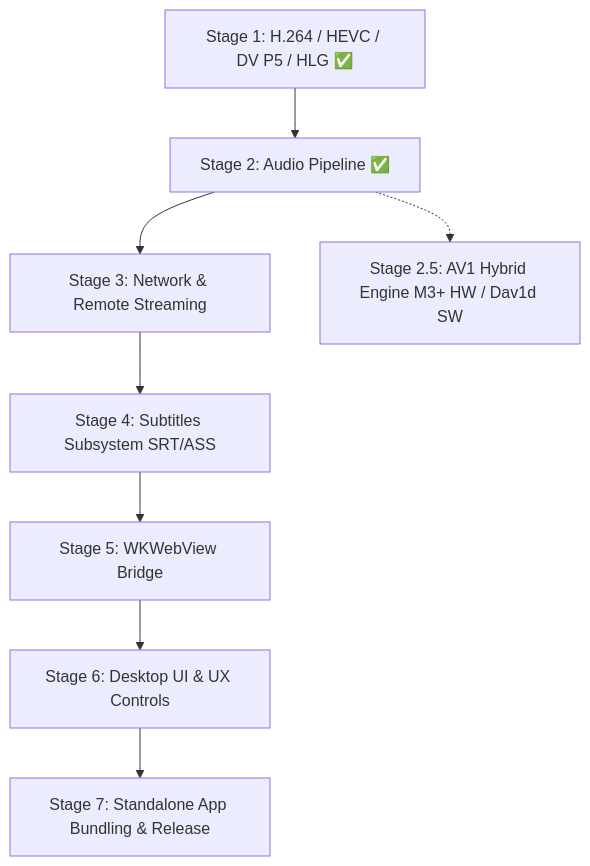
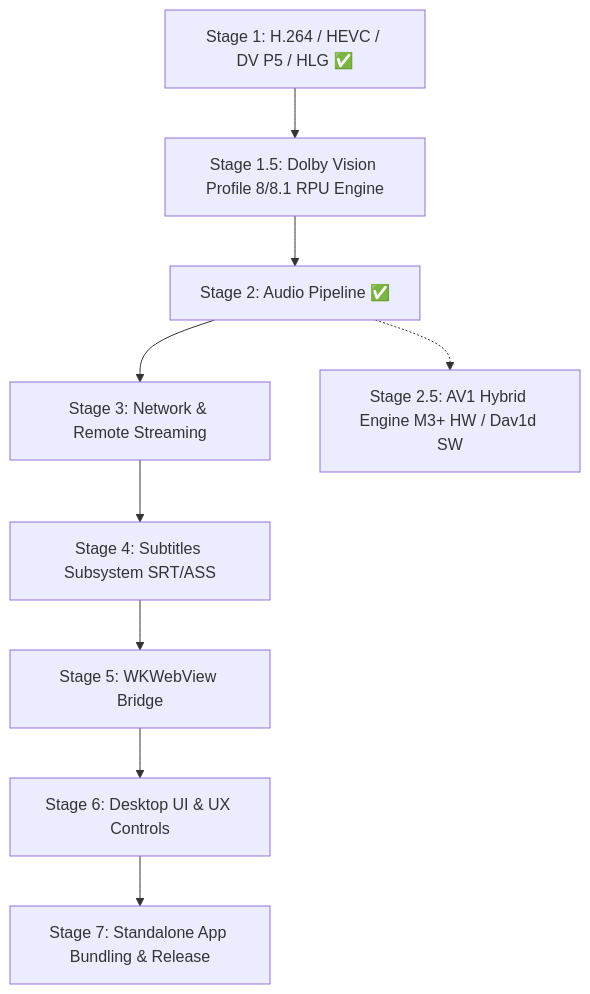
One commit to ghotriw/metal-player changed the diagram in docs/ROADMAP.md. Above: the diagram before and after it, drawn with Mermaid. The commit also changed other lines of this file and 3 other files, not shown here.

````diff
--- a/docs/ROADMAP.md
+++ b/docs/ROADMAP.md
@@ -22,10 +22,11 @@
 ```mermaid
 flowchart TD
-    M1["Stage 1: H.264 / HEVC / DV P5 / HLG ✅"] --> M2["Stage 2: Audio Pipeline ✅"]
+    M1["Stage 1: H.264 / HEVC / DV P5 / HLG ✅"] --> M15["Stage 1.5: Dolby Vision Profile 8/8.1 RPU Engine"]
+    M15 --> M2["Stage 2: Audio Pipeline ✅"]
     M2 --> M3["Stage 3: Network & Remote Streaming"]
     M3 --> M4["Stage 4: Subtitles Subsystem SRT/ASS"]
     M4 --> M5["Stage 5: WKWebView Bridge"]
     M5 --> M6["Stage 6: Desktop UI & UX Controls"]
     M6 --> M7["Stage 7: Standalone App Bundling & Release"]
-    M2 -.-> M15["Stage 2.5: AV1 Hybrid Engine M3+ HW / Dav1d SW"]
+    M2 -.-> M25["Stage 2.5: AV1 Hybrid Engine M3+ HW / Dav1d SW"]
 ```
````
